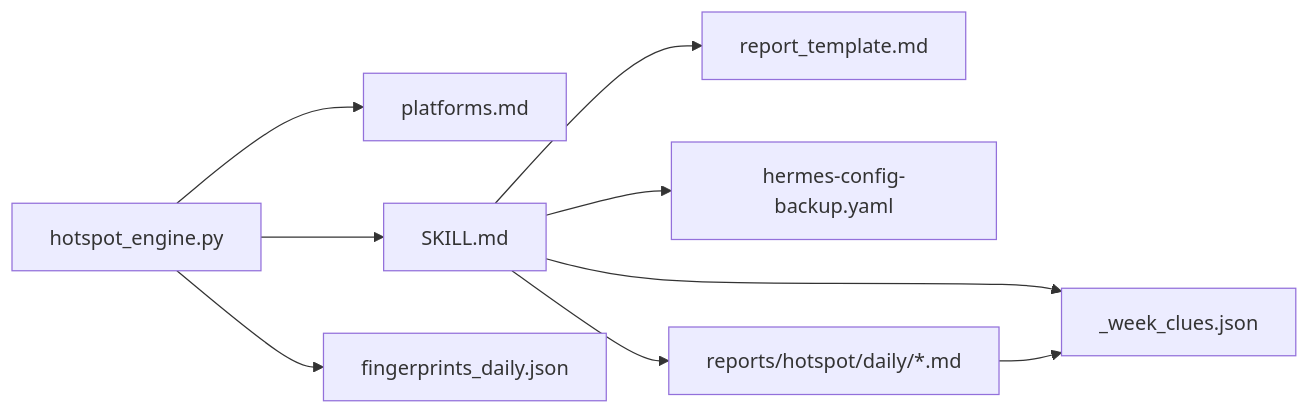
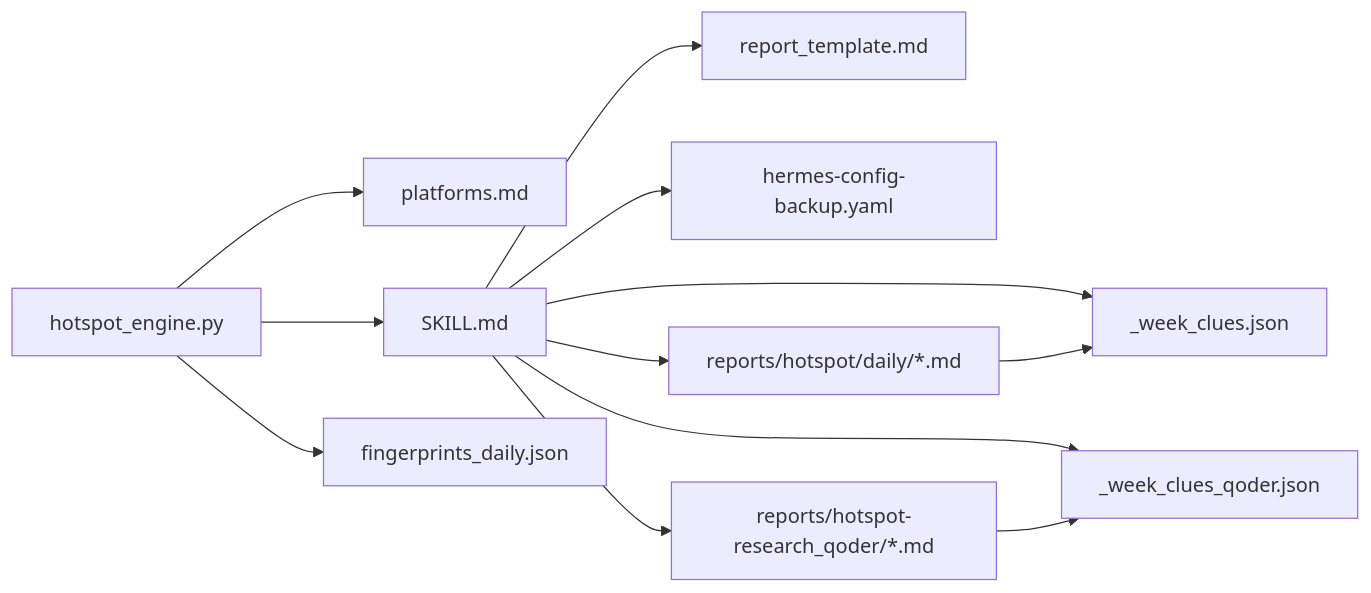
Before and after one commit to John198912/hermes_workspace: the fourth of 4 diagrams in .qoder/repowiki/zh/content/核心技能详解/Qoder Agent 每日热点报告系统.md, drawn with Mermaid. The commit also changed other lines of this file and 1 other file, not shown here.

````diff
--- a/.qoder/repowiki/zh/content/核心技能详解/Qoder Agent 每日热点报告系统.md
+++ b/.qoder/repowiki/zh/content/核心技能详解/Qoder Agent 每日热点报告系统.md
@@ -244,11 +249,14 @@
 ```mermaid
 graph LR
 Engine["hotspot_engine.py"] --> Platforms["platforms.md"]
 Engine --> Skill["SKILL.md"]
 Skill --> Template["report_template.md"]
 Skill --> Config["hermes-config-backup.yaml"]
 Engine --> Data["fingerprints_daily.json"]
-Skill --> Reports["reports/hotspot/daily/*.md"]
-Skill --> Clues["_week_clues.json"]
-Reports --> Clues
+Skill --> Reports1["reports/hotspot/daily/*.md"]
+Skill --> Reports2["reports/hotspot-research_qoder/*.md"]
+Skill --> Clues1["_week_clues.json"]
+Skill --> Clues2["_week_clues_qoder.json"]
+Reports1 --> Clues1
+Reports2 --> Clues2
 ```
````
